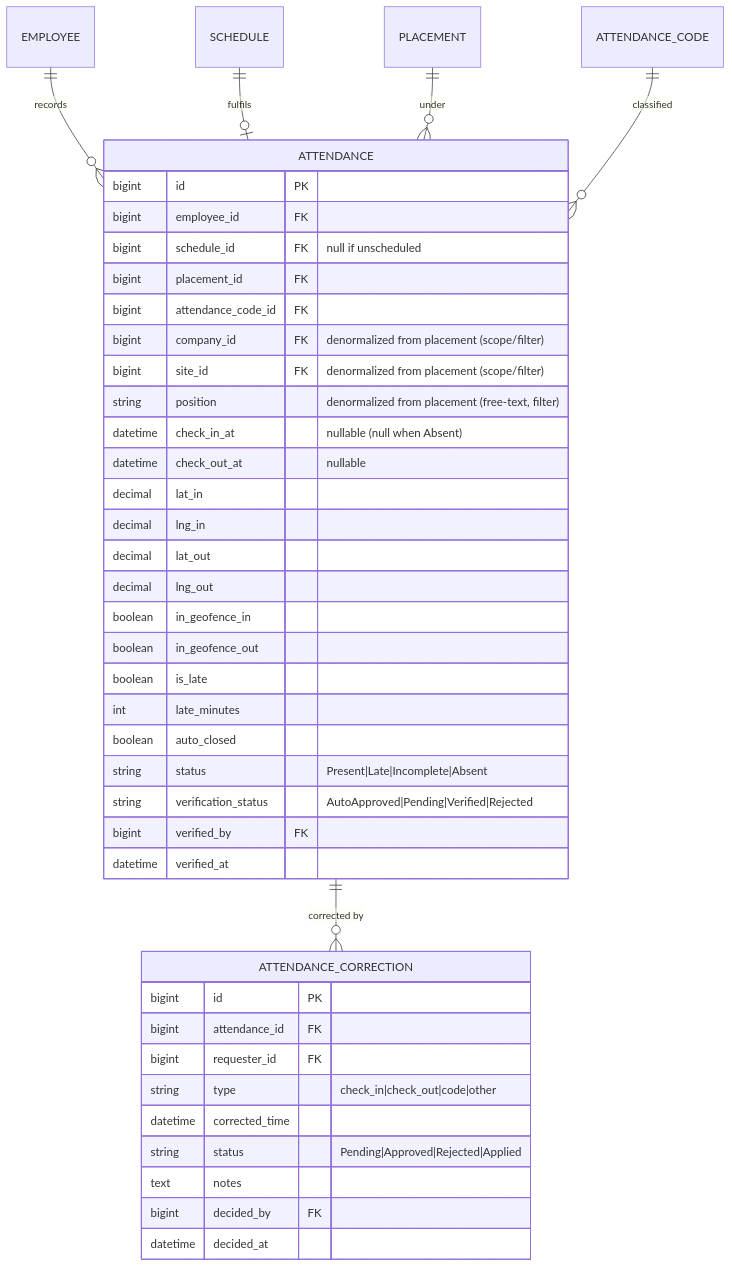
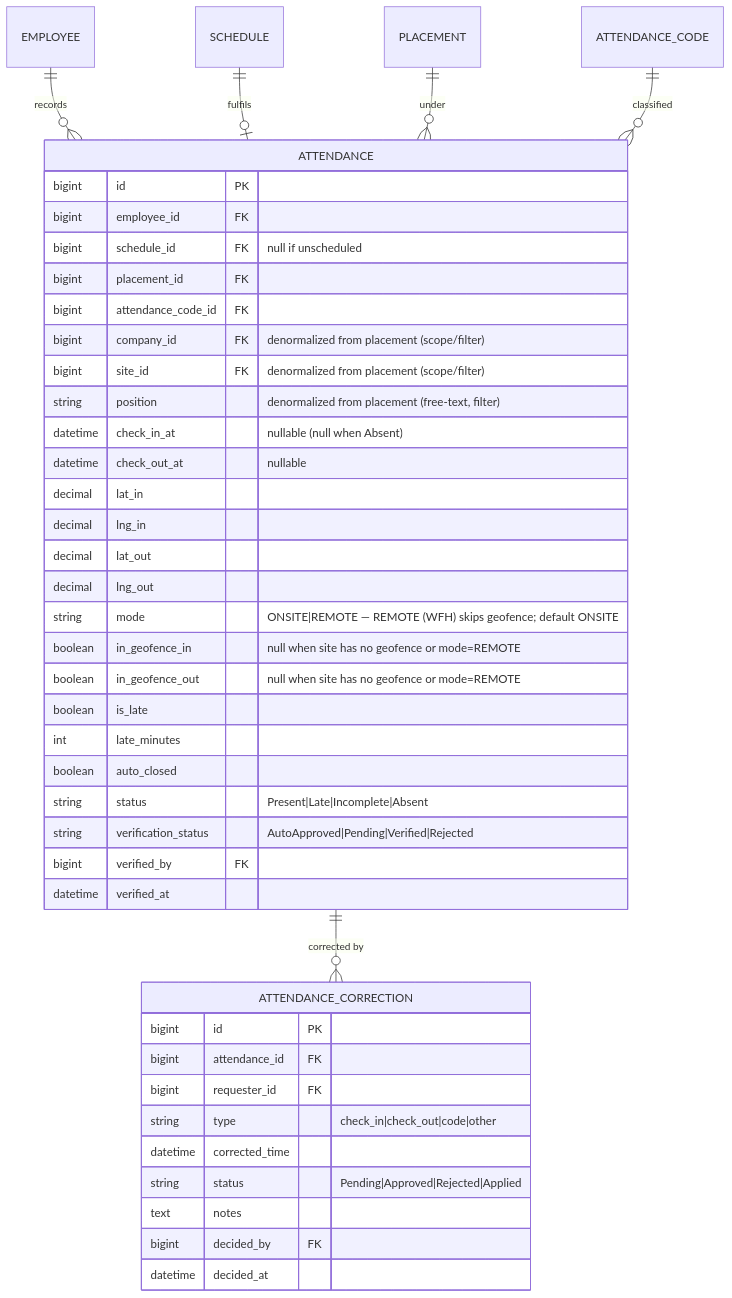
One commit to hariszaki17/hris-outsource changed the first of 8 diagrams in docs/epics/E5-attendance/FEATURE.md. Above: the diagram before and after it, drawn with Mermaid. The commit also changed other lines of this file and 88 other files, not shown here.

````diff
--- a/docs/epics/E5-attendance/FEATURE.md
+++ b/docs/epics/E5-attendance/FEATURE.md
@@ -28,45 +28,46 @@
 ```mermaid
 erDiagram
     EMPLOYEE ||--o{ ATTENDANCE : "records"
     SCHEDULE ||--o| ATTENDANCE : "fulfils"
     PLACEMENT ||--o{ ATTENDANCE : "under"
     ATTENDANCE_CODE ||--o{ ATTENDANCE : "classified"
     ATTENDANCE ||--o{ ATTENDANCE_CORRECTION : "corrected by"
 
     ATTENDANCE {
         bigint id PK
         bigint employee_id FK
         bigint schedule_id FK "null if unscheduled"
         bigint placement_id FK
         bigint attendance_code_id FK
         bigint company_id FK "denormalized from placement (scope/filter)"
         bigint site_id FK "denormalized from placement (scope/filter)"
         string position "denormalized from placement (free-text, filter)"
         datetime check_in_at "nullable (null when Absent)"
         datetime check_out_at "nullable"
         decimal lat_in
         decimal lng_in
         decimal lat_out
         decimal lng_out
-        boolean in_geofence_in
-        boolean in_geofence_out
+        string mode "ONSITE|REMOTE — REMOTE (WFH) skips geofence; default ONSITE"
+        boolean in_geofence_in "null when site has no geofence or mode=REMOTE"
+        boolean in_geofence_out "null when site has no geofence or mode=REMOTE"
         boolean is_late
         int late_minutes
         boolean auto_closed
         string status "Present|Late|Incomplete|Absent"
         string verification_status "AutoApproved|Pending|Verified|Rejected"
         bigint verified_by FK
         datetime verified_at
     }
     ATTENDANCE_CORRECTION {
         bigint id PK
         bigint attendance_id FK
         bigint requester_id FK
         string type "check_in|check_out|code|other"
         datetime corrected_time
         string status "Pending|Approved|Rejected|Applied"
         text notes
         bigint decided_by FK
         datetime decided_at
     }
 ```
````
